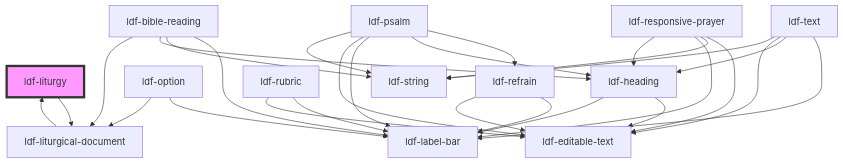
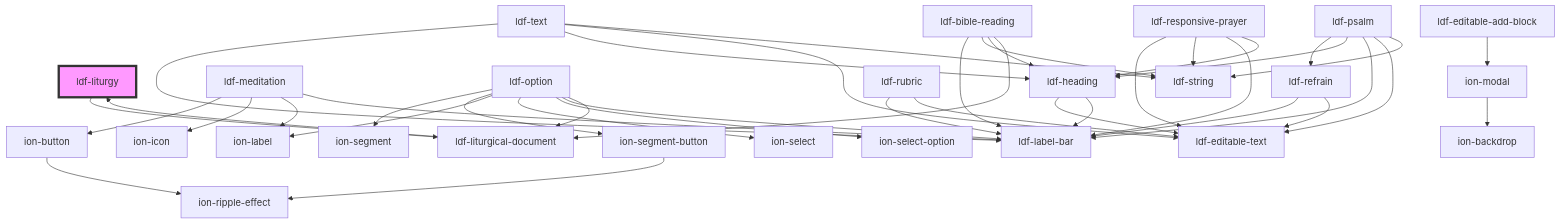
The diagram in components/src/components/liturgy/readme.md (gbj/venite), drawn with Mermaid before and after one commit. The commit also changed 9 other files, not shown here.

````diff
--- a/components/src/components/liturgy/readme.md
+++ b/components/src/components/liturgy/readme.md
@@ -28,31 +28,44 @@
 ```mermaid
 graph TD;
   ldf-liturgy --> ldf-liturgical-document
   ldf-liturgical-document --> ldf-liturgy
   ldf-heading --> ldf-editable-text
   ldf-heading --> ldf-label-bar
+  ldf-meditation --> ion-button
+  ldf-meditation --> ion-icon
+  ldf-meditation --> ion-label
+  ldf-meditation --> ldf-label-bar
+  ion-button --> ion-ripple-effect
+  ldf-option --> ion-segment
+  ldf-option --> ion-segment-button
+  ldf-option --> ion-label
+  ldf-option --> ion-select
+  ldf-option --> ion-select-option
   ldf-option --> ldf-label-bar
   ldf-option --> ldf-liturgical-document
+  ion-segment-button --> ion-ripple-effect
   ldf-refrain --> ldf-label-bar
   ldf-refrain --> ldf-editable-text
   ldf-rubric --> ldf-label-bar
   ldf-rubric --> ldf-editable-text
   ldf-text --> ldf-label-bar
   ldf-text --> ldf-heading
   ldf-text --> ldf-editable-text
   ldf-text --> ldf-string
   ldf-responsive-prayer --> ldf-editable-text
   ldf-responsive-prayer --> ldf-string
   ldf-responsive-prayer --> ldf-label-bar
   ldf-responsive-prayer --> ldf-heading
   ldf-bible-reading --> ldf-label-bar
   ldf-bible-reading --> ldf-string
   ldf-bible-reading --> ldf-heading
   ldf-bible-reading --> ldf-liturgical-document
   ldf-psalm --> ldf-refrain
   ldf-psalm --> ldf-heading
   ldf-psalm --> ldf-label-bar
   ldf-psalm --> ldf-editable-text
   ldf-psalm --> ldf-string
+  ldf-editable-add-block --> ion-modal
+  ion-modal --> ion-backdrop
   style ldf-liturgy fill:#f9f,stroke:#333,stroke-width:4px
 ```
````
